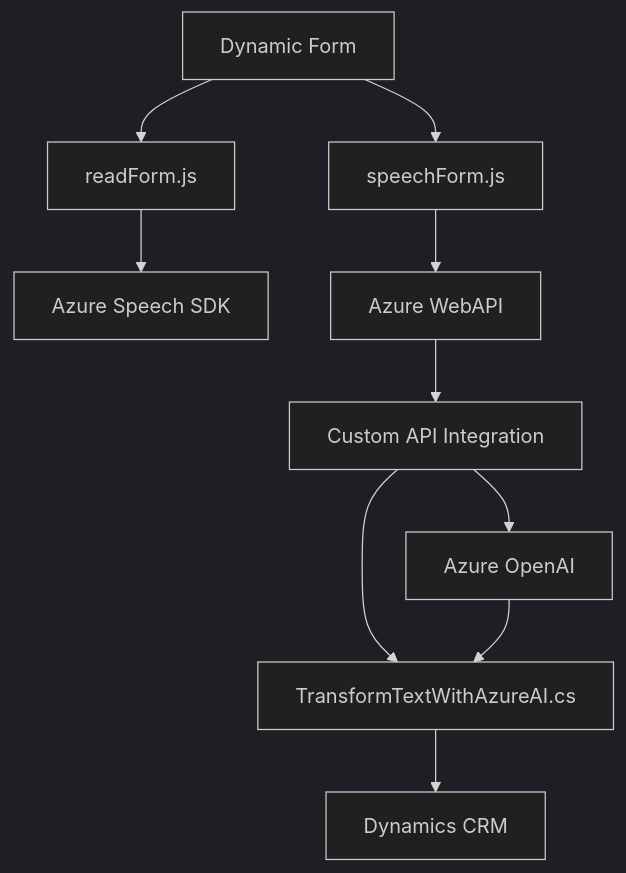
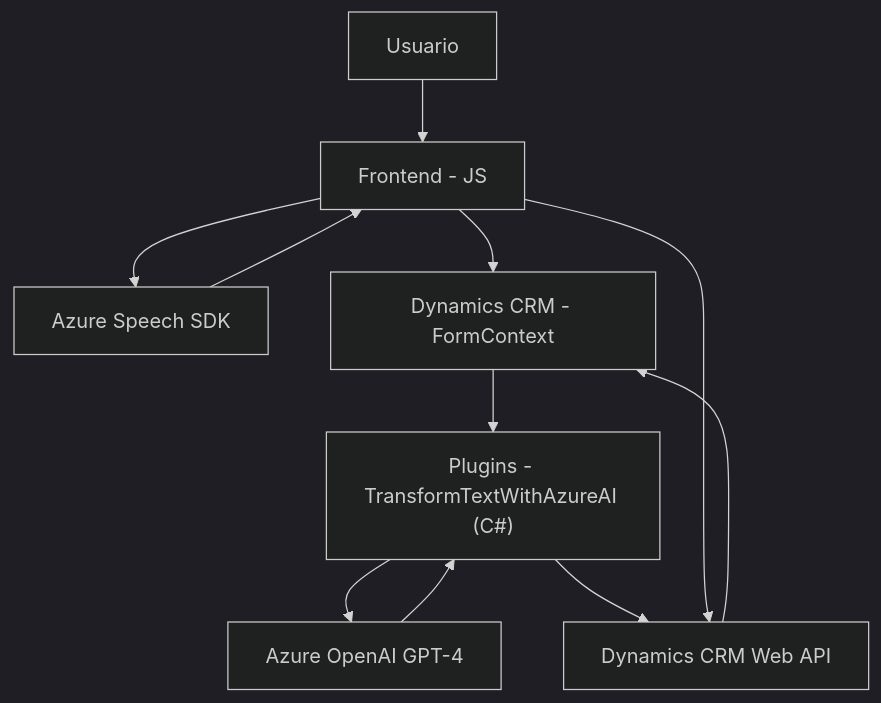
Before and after one commit to blopezdm/NETCORE_BILBAO2025: the diagram in README.md, drawn with Mermaid (dark theme). The commit also changed other lines of this file, not shown here.

````diff
--- a/README.md
+++ b/README.md
@@ -37,12 +47,13 @@
 ```mermaid
 graph TD
-    A[Dynamic Form] --> B[readForm.js]
-    A --> C[speechForm.js]
-    B --> D["Azure Speech SDK"]
-    C --> E[Azure WebAPI]
-    E --> F["Custom API Integration"]
-    F --> G["Azure OpenAI"]
-    F --> H["Backend Plugin"]
-    G --> H["TransformTextWithAzureAI.cs"]
-    H --> I["Dynamics CRM"]
+    A["Usuario"] --> B["Frontend - JS"]
+    B --> C["Azure Speech SDK"]
+    B --> D["Dynamics CRM - FormContext"]
+    D --> E["Plugins - TransformTextWithAzureAI (C#)"]
+    E --> F["Azure OpenAI GPT-4"]
+    E --> G["Dynamics CRM Web API"]
+    B --> G
+    C --> B
+    F --> E
+    G --> D
 ```
````
